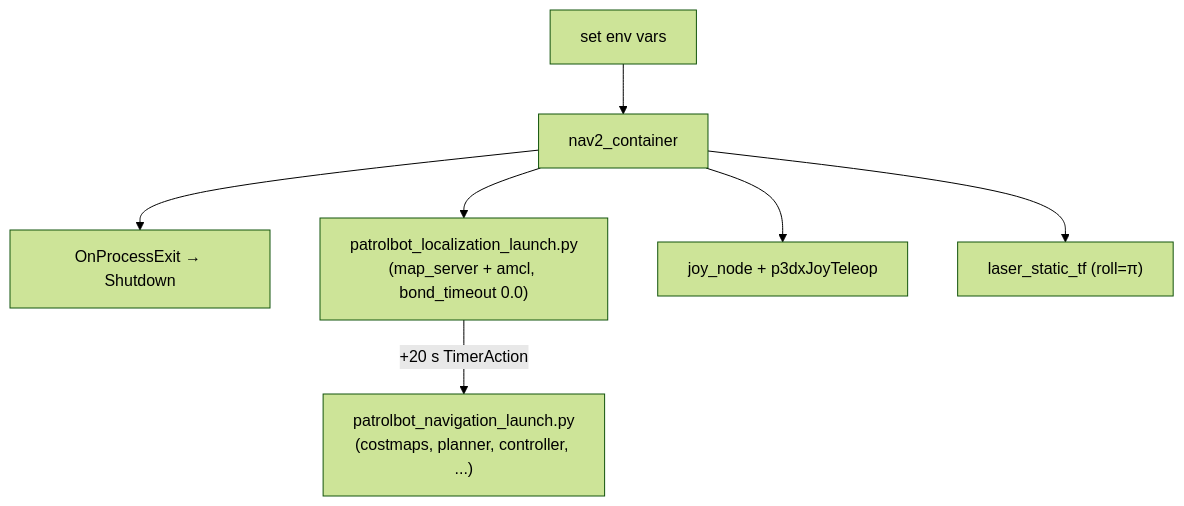
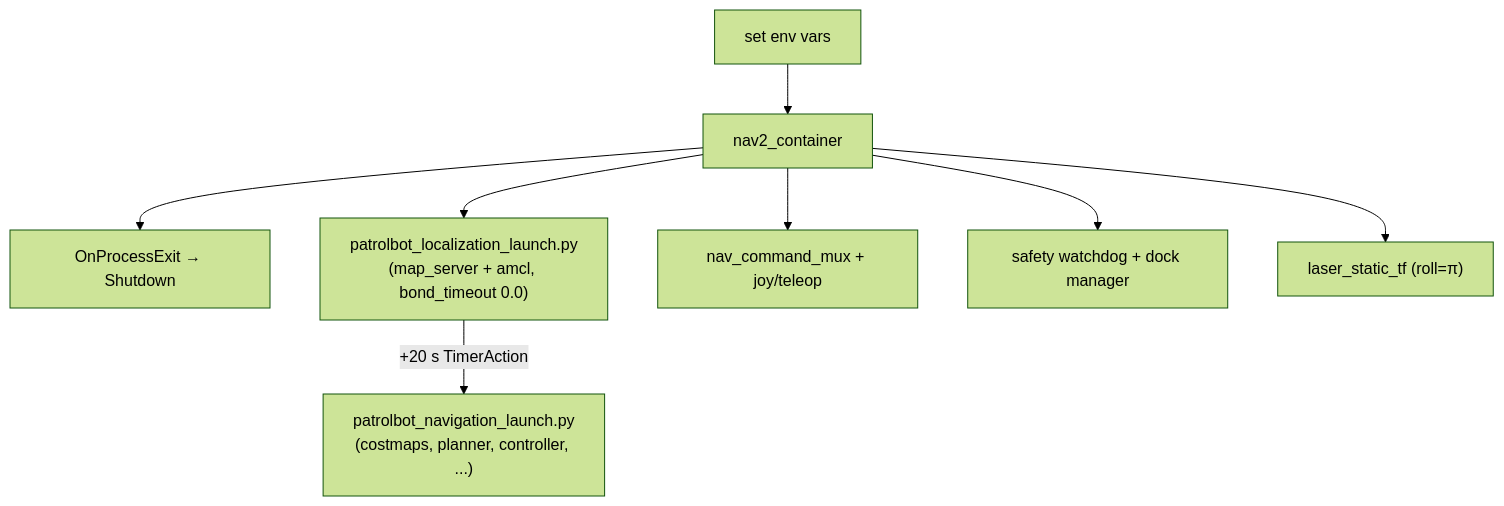
Before and after one commit to cmu-impactlab/patrolbot: the diagram in docs/ros2/launch-system.md, drawn with Mermaid (forest theme). The commit also changed other lines of this file and 38 other files, not shown here.

````diff
--- a/docs/ros2/launch-system.md
+++ b/docs/ros2/launch-system.md
@@ -66,9 +67,10 @@
 ```mermaid
 flowchart TB
     ENV["set env vars"] --> CONT["nav2_container"]
     CONT --> HANDLER["OnProcessExit → Shutdown"]
     CONT --> LOC["patrolbot_localization_launch.py\n(map_server + amcl, bond_timeout 0.0)"]
     LOC -->|"+20 s TimerAction"| NAV["patrolbot_navigation_launch.py\n(costmaps, planner, controller, ...)"]
-    CONT --> JOY["joy_node + p3dxJoyTeleop"]
+    CONT --> JOY["nav_command_mux + joy/teleop"]
+    CONT --> SAFE["safety watchdog + dock manager"]
     CONT --> LTF["laser_static_tf (roll=π)"]
 ```
````
